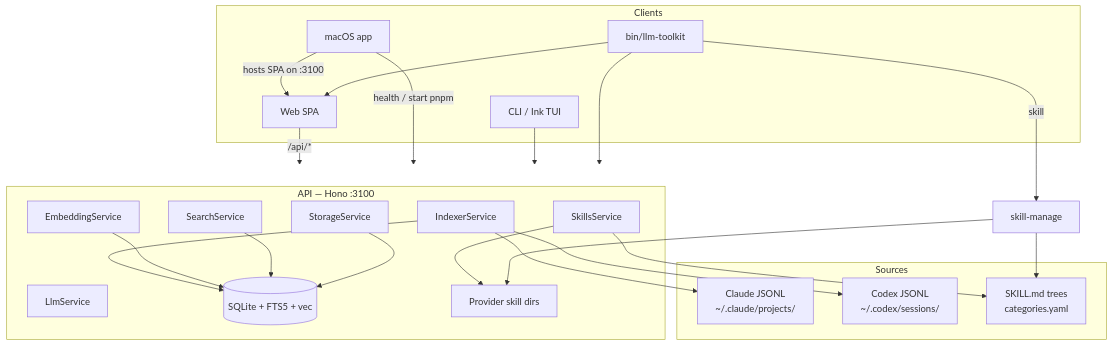
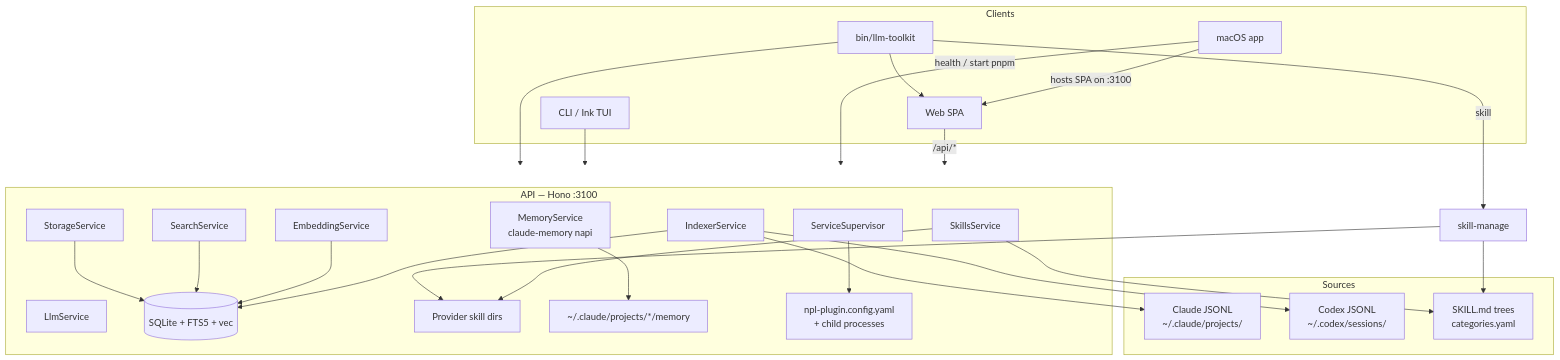
One commit to the-robot-lives/llm-toolkit changed the diagram in docs/PROJ-ARCH.md. Above: the diagram before and after it, drawn with Mermaid. The commit also changed other lines of this file and 14 other files, not shown here.

Commit message:
docs: refresh layout/schema/arch + add threat model (2026-10-07 fleet sweep)

````diff
--- a/docs/PROJ-ARCH.md
+++ b/docs/PROJ-ARCH.md
@@ -13,42 +13,46 @@
 ```mermaid
 graph TB
     subgraph Sources
         CC["Claude JSONL<br/>~/.claude/projects/"]
         CX["Codex JSONL<br/>~/.codex/sessions/"]
         SK["SKILL.md trees<br/>categories.yaml"]
     end
 
     subgraph API["API — Hono :3100"]
         IDX[IndexerService]
         STO[StorageService]
         SRH[SearchService]
         EMB[EmbeddingService]
         LLM[LlmService]
         SKL[SkillsService]
+        MEM[MemoryService<br/>claude-memory napi]
+        SVC[ServiceSupervisor]
         IDX --> DB[(SQLite + FTS5 + vec)]
         EMB --> DB
         SRH --> DB
         STO --> DB
         SKL --> SK
         SKL --> DEST["Provider skill dirs"]
         IDX --> CC
         IDX --> CX
+        MEM --> MD["~/.claude/projects/*/memory"]
+        SVC --> NPC["npl-plugin.config.yaml<br/>+ child processes"]
     end
 
     subgraph Clients
         WEB["Web SPA"]
         MAC["macOS app"]
         CLI["CLI / Ink TUI"]
         BIN["bin/llm-toolkit"]
     end
 
     WEB -->|/api/*| API
     MAC -->|hosts SPA on :3100| WEB
     MAC -->|health / start pnpm| API
     CLI --> API
     BIN --> API
     BIN --> WEB
     BIN -->|skill| SM[skill-manage]
     SM --> SK
     SM --> DEST
 ```
````
